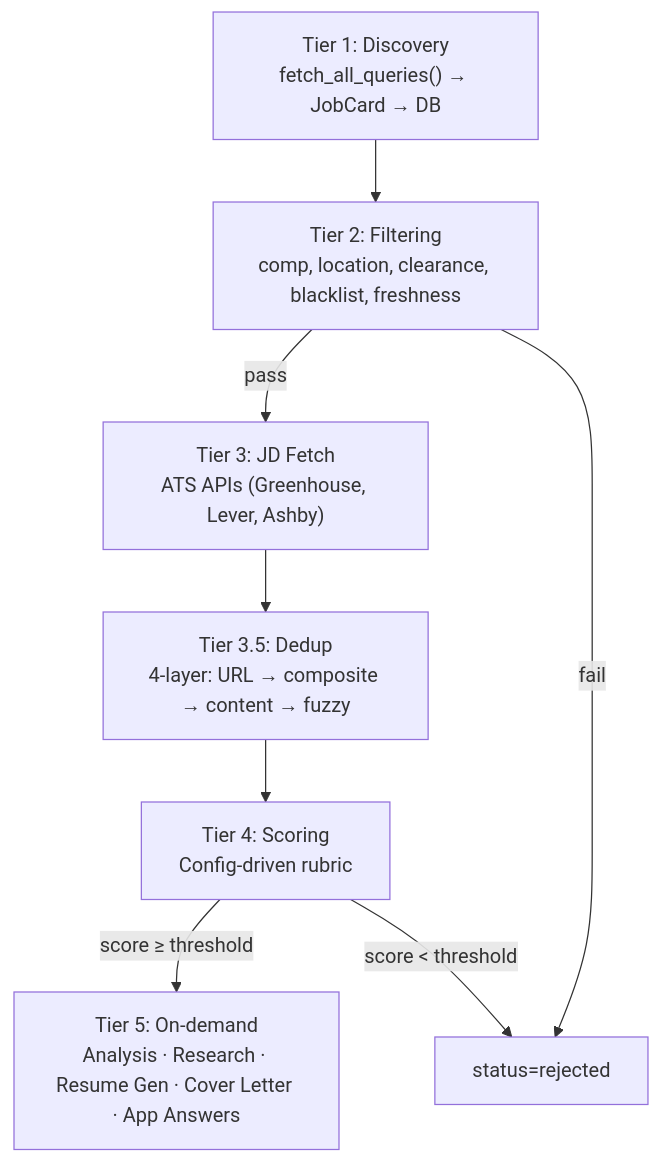
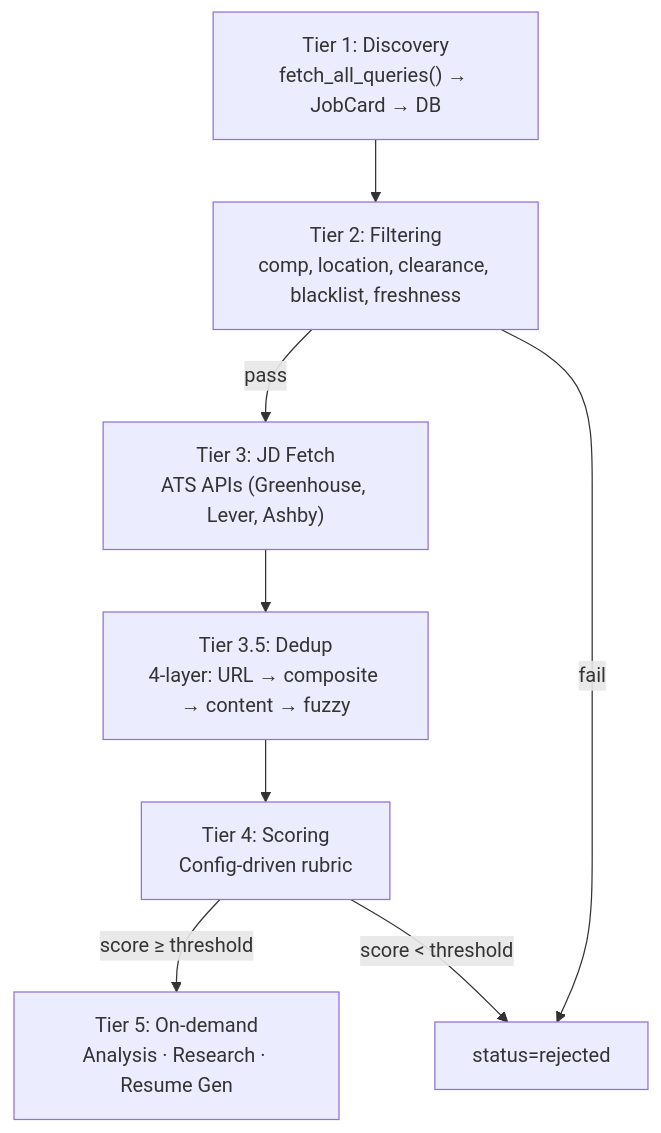
The second of 7 diagrams in docs/ARCHITECTURE.md (tonyperkins/seeker-os), drawn with Mermaid before and after one commit. The commit also changed other lines of this file and 37 other files, not shown here.

````diff
--- a/docs/ARCHITECTURE.md
+++ b/docs/ARCHITECTURE.md
@@ -138,17 +134,17 @@
 ```mermaid
 graph TB
     T1["Tier 1: Discovery<br/>fetch_all_queries() → JobCard → DB"]
     T2["Tier 2: Filtering<br/>comp, location, clearance, blacklist, freshness"]
     T3["Tier 3: JD Fetch<br/>ATS APIs (Greenhouse, Lever, Ashby)"]
     T35["Tier 3.5: Dedup<br/>4-layer: URL → composite → content → fuzzy"]
     T4["Tier 4: Scoring<br/>Config-driven rubric"]
-    T5["Tier 5: On-demand<br/>Analysis · Research · Resume Gen · Cover Letter · App Answers"]
+    T5["Tier 5: On-demand<br/>Analysis · Research · Resume Gen"]
 
     T1 --> T2
     T2 -->|"pass"| T3
     T2 -->|"fail"| Reject["status=rejected"]
     T3 --> T35
     T35 --> T4
     T4 -->|"score ≥ threshold"| T5
     T4 -->|"score < threshold"| Reject
 ```
````
